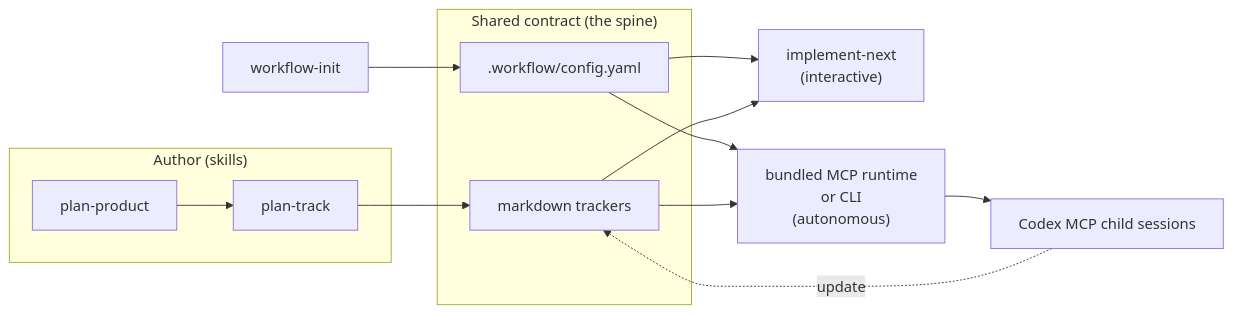
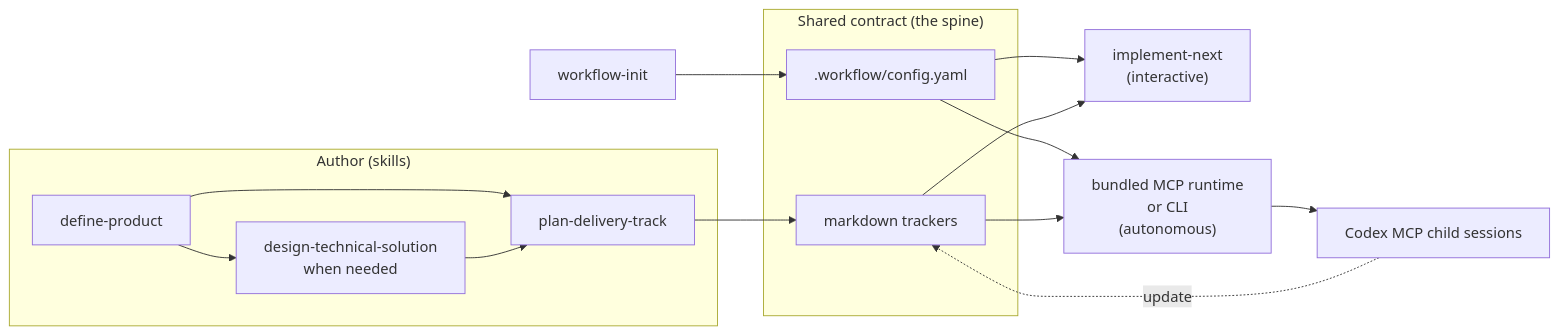
One commit to aryeko/agentic-workflow-kit changed the first of 2 diagrams in README.md. Above: the diagram before and after it, drawn with Mermaid. The commit also changed other lines of this file and 86 other files, not shown here.

````diff
--- a/README.md
+++ b/README.md
@@ -18,18 +18,20 @@
 ```mermaid
 flowchart LR
   subgraph Author["Author (skills)"]
-    PP[plan-product] --> PT[plan-track]
+    PP[define-product] --> PA[design-technical-solution<br/>when needed]
+    PP --> PT[plan-delivery-track]
+    PA --> PT
   end
   WI[workflow-init] --> CFG
   PT --> TRK
   subgraph Contract["Shared contract (the spine)"]
     CFG[".workflow/config.yaml"]
     TRK["markdown trackers"]
   end
   CFG --> IN["implement-next<br/>(interactive)"]
   TRK --> IN
   CFG --> OR["bundled MCP runtime<br/>or CLI<br/>(autonomous)"]
   TRK --> OR
   OR --> CODEX["Codex MCP child sessions"]
   CODEX -. update .-> TRK
 ```
````
